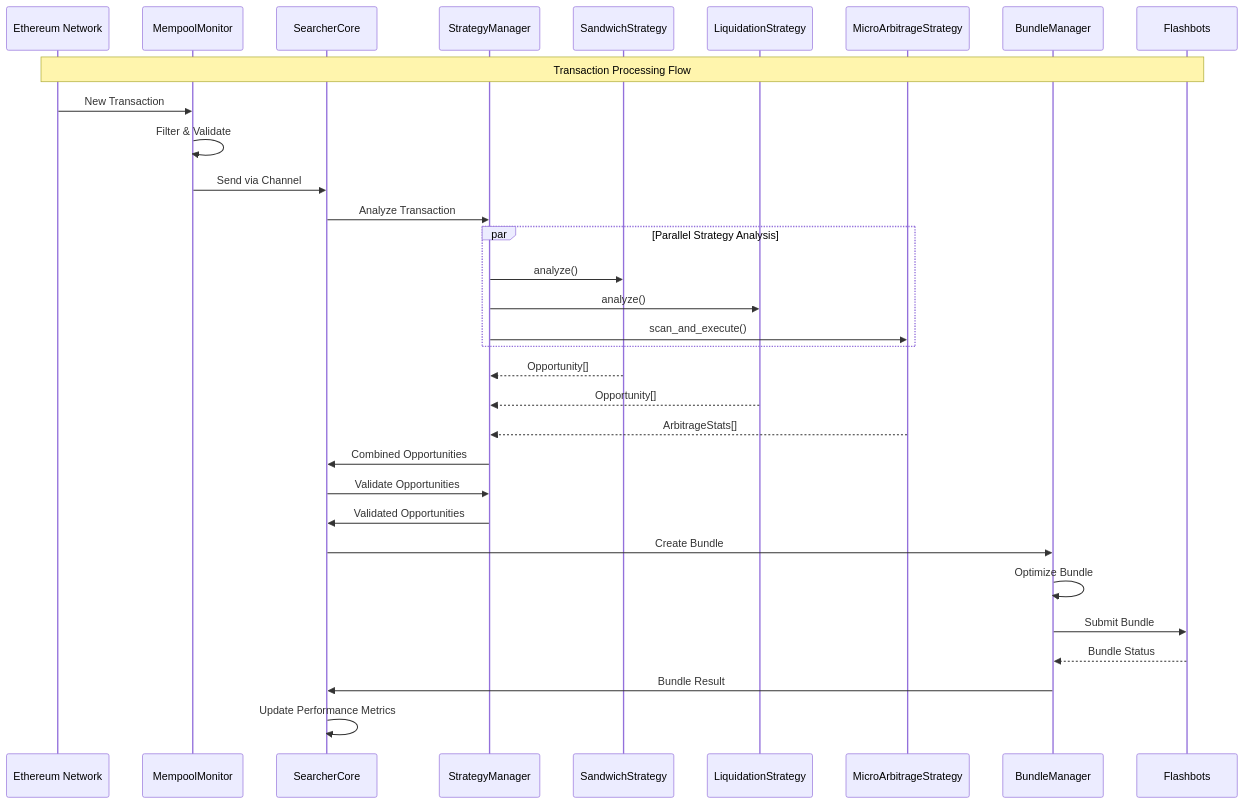
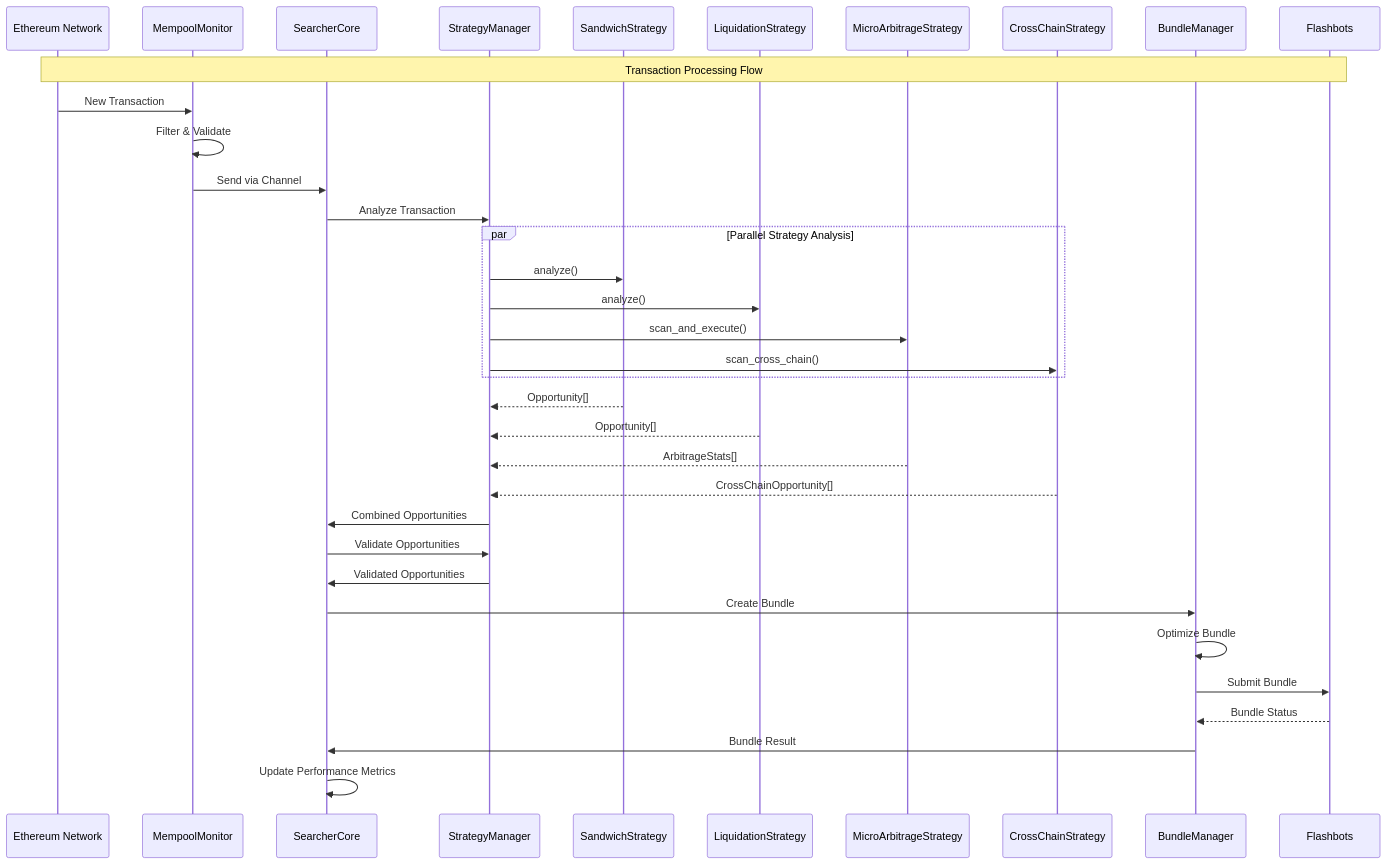
Before and after one commit to blockbit-hama/xCrack: the eighth of 15 diagrams in docs/ARCHITECTURE.md, drawn with Mermaid. The commit also changed other lines of this file and 33 other files, not shown here.

````diff
--- a/docs/ARCHITECTURE.md
+++ b/docs/ARCHITECTURE.md
@@ -1297,41 +713,44 @@
 ```mermaid
 sequenceDiagram
     participant ETH as Ethereum Network
     participant MM as MempoolMonitor
     participant SC as SearcherCore
     participant SM as StrategyManager
     participant S1 as SandwichStrategy
     participant S2 as LiquidationStrategy
     participant S3 as MicroArbitrageStrategy
+    participant S4 as CrossChainStrategy
     participant BM as BundleManager
     participant FB as Flashbots
 
     Note over ETH,FB: Transaction Processing Flow
 
     ETH->>MM: New Transaction
     MM->>MM: Filter & Validate
     MM->>SC: Send via Channel
     
     SC->>SM: Analyze Transaction
     par Parallel Strategy Analysis
         SM->>S1: analyze()
         SM->>S2: analyze()
         SM->>S3: scan_and_execute()
+        SM->>S4: scan_cross_chain()
     end
     
     S1-->>SM: Opportunity[]
     S2-->>SM: Opportunity[]
     S3-->>SM: ArbitrageStats[]
+    S4-->>SM: CrossChainOpportunity[]
     SM->>SC: Combined Opportunities
     
     SC->>SM: Validate Opportunities
     SM->>SC: Validated Opportunities
     
     SC->>BM: Create Bundle
     BM->>BM: Optimize Bundle
     BM->>FB: Submit Bundle
     FB-->>BM: Bundle Status
     
     BM->>SC: Bundle Result
     SC->>SC: Update Performance Metrics
 ```
````
